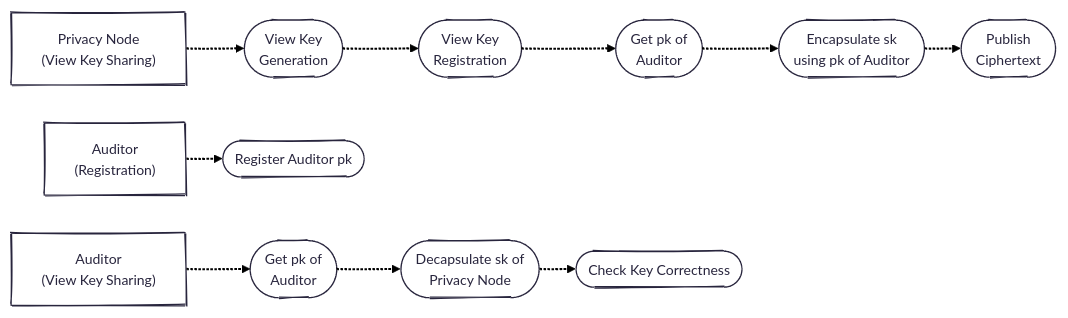
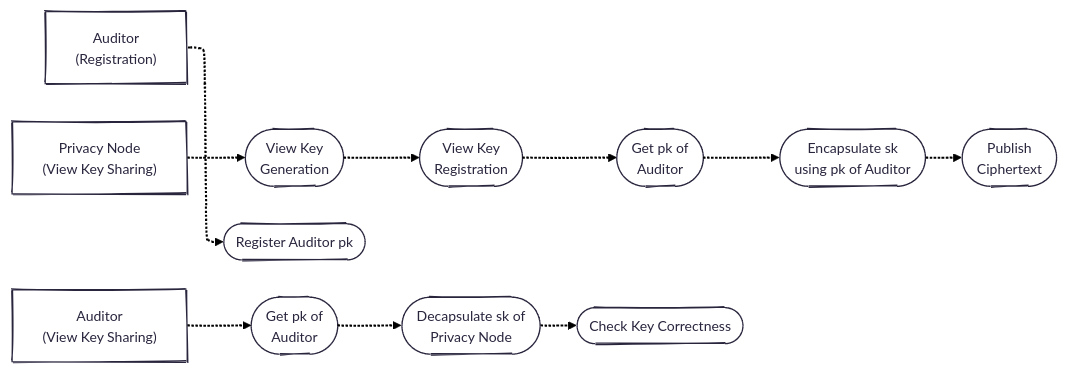
The eighth of 8 diagrams in enygma_payments/protocol_flows.md (raylsnetwork/Enygma), drawn with Mermaid before and after one commit.

````diff
--- a/enygma_payments/protocol_flows.md
+++ b/enygma_payments/protocol_flows.md
@@ -191,29 +191,29 @@
 ```mermaid
 ---
 config:
   theme: redux
   layout: elk
   look: handDrawn
 ---
 flowchart LR
 
-    %% PL (Setup)
-    pl_setup["Privacy Node<br>(View Key Sharing)"]
+    auditor1["Auditor<br>(Registration)"]
+
+    pn["Privacy Node<br>(View Key Sharing)"]
     keygen(["View Key<br>Generation"])
     key_registration(["View Key<br>Registration"])
     get_auditor_key(["Get pk of<br>Auditor"])
     encrypt(["Encapsulate sk<br>using pk of Auditor"])
     publish_ciphertext(["Publish<br>Ciphertext"])
 
-    auditor1["Auditor<br>(Registration)"]
     auditor2["Auditor<br>(View Key Sharing)"]
 
     register_key(["Register Auditor pk"])
     get_ciphertext(["Get pk of<br>Auditor"])
     decrypt(["Decapsulate sk of<br>Privacy Node"])
     check(["Check Key Correctness"])
 
     auditor1 -.-> register_key
-    pl_setup -.-> keygen -.-> key_registration -.-> get_auditor_key -.-> encrypt -.-> publish_ciphertext
+    pn -.-> keygen -.-> key_registration -.-> get_auditor_key -.-> encrypt -.-> publish_ciphertext
     auditor2 -.-> get_ciphertext -.-> decrypt -.-> check
 ```
````
